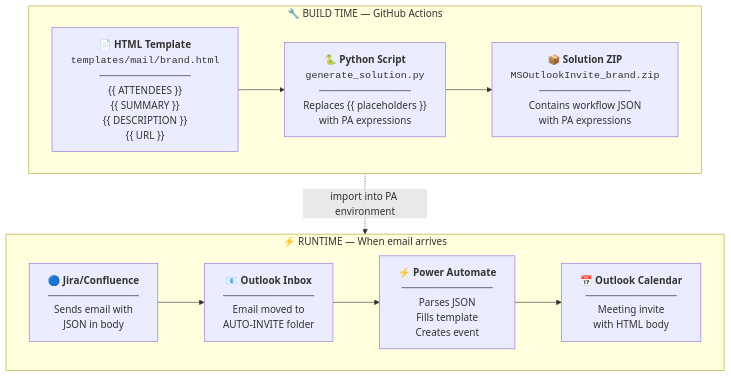
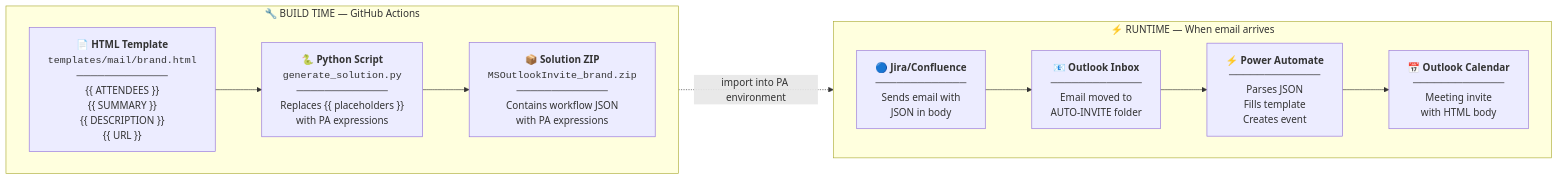
Before and after one commit to johantre/ms-outlook-invite: the diagram in YOURTEMPLATE.md, drawn with Mermaid.

Commit message:
Your own templates

````diff
--- a/YOURTEMPLATE.md
+++ b/YOURTEMPLATE.md
@@ -9,21 +9,21 @@
 ```mermaid
-flowchart TB
+flowchart LR
     subgraph BUILD ["🔧 BUILD TIME — GitHub Actions"]
         direction LR
         TPL["📄 <b>HTML Template</b><br/><code>templates/mail/brand.html</code><br/>─────────────<br/>{{ ATTENDEES }}<br/>{{ SUMMARY }}<br/>{{ DESCRIPTION }}<br/>{{ URL }}"]
         SCRIPT["🐍 <b>Python Script</b><br/><code>generate_solution.py</code><br/>─────────────<br/>Replaces {{ placeholders }}<br/>with PA expressions"]
         SOL["📦 <b>Solution ZIP</b><br/><code>MSOutlookInvite_brand.zip</code><br/>─────────────<br/>Contains workflow JSON<br/>with PA expressions"]
         TPL --> SCRIPT --> SOL
     end
 
     subgraph RUNTIME ["⚡ RUNTIME — When email arrives"]
         direction LR
         JIRA["🔵 <b>Jira/Confluence</b><br/>─────────────<br/>Sends email with<br/>JSON in body"]
         EMAIL["📧 <b>Outlook Inbox</b><br/>─────────────<br/>Email moved to<br/>AUTO-INVITE folder"]
         PA["⚡ <b>Power Automate</b><br/>─────────────<br/>Parses JSON<br/>Fills template<br/>Creates event"]
         CAL["📅 <b>Outlook Calendar</b><br/>─────────────<br/>Meeting invite<br/>with HTML body"]
         JIRA --> EMAIL --> PA --> CAL
     end
 
     SOL -.->|"import into PA environment"| PA
 ```
````
